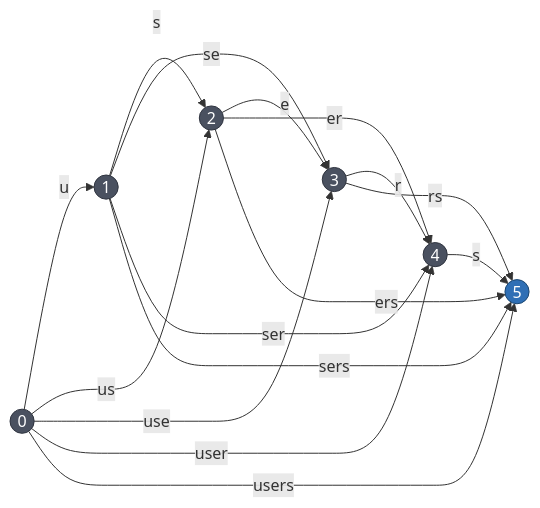
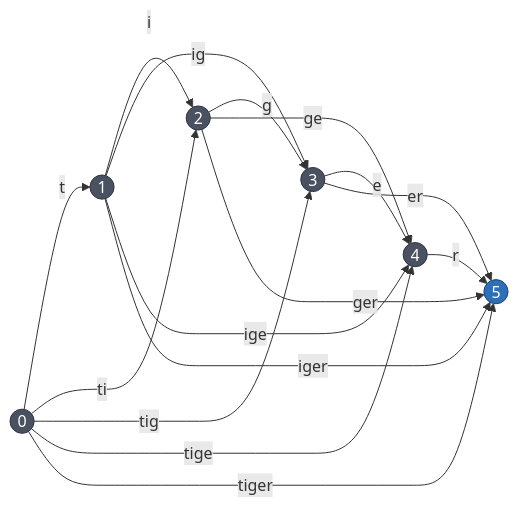
Before and after one commit to pinting/oraculum: the seventh of 8 diagrams in README.md, drawn with Mermaid. The commit also changed other lines of this file and 7 other files, not shown here.

````diff
--- a/README.md
+++ b/README.md
@@ -200,27 +363,27 @@
 ```mermaid
 graph LR
-    n0((0)) -->|"u"| n1((1))
-    n1 -->|"s"| n2((2))
-    n2 -->|"e"| n3((3))
-    n3 -->|"r"| n4((4))
-    n4 -->|"s"| n5((5))
+    n0((0)) -->|"t"| n1((1))
+    n1 -->|"i"| n2((2))
+    n2 -->|"g"| n3((3))
+    n3 -->|"e"| n4((4))
+    n4 -->|"r"| n5((5))
 
-    n0 -->|"us"| n2
-    n0 -->|"use"| n3
-    n0 -->|"user"| n4
-    n0 -->|"users"| n5
+    n0 -->|"ti"| n2
+    n0 -->|"tig"| n3
+    n0 -->|"tige"| n4
+    n0 -->|"tiger"| n5
 
-    n1 -->|"se"| n3
-    n1 -->|"ser"| n4
-    n1 -->|"sers"| n5
+    n1 -->|"ig"| n3
+    n1 -->|"ige"| n4
+    n1 -->|"iger"| n5
 
-    n2 -->|"er"| n4
-    n2 -->|"ers"| n5
+    n2 -->|"ge"| n4
+    n2 -->|"ger"| n5
 
-    n3 -->|"rs"| n5
+    n3 -->|"er"| n5
 
     classDef plain fill:#4a5160,stroke:#2f343f,color:#ffffff
     classDef accent fill:#2f6fb5,stroke:#1b4670,color:#ffffff
     class n0,n1,n2,n3,n4 plain
     class n5 accent
 ```
````
